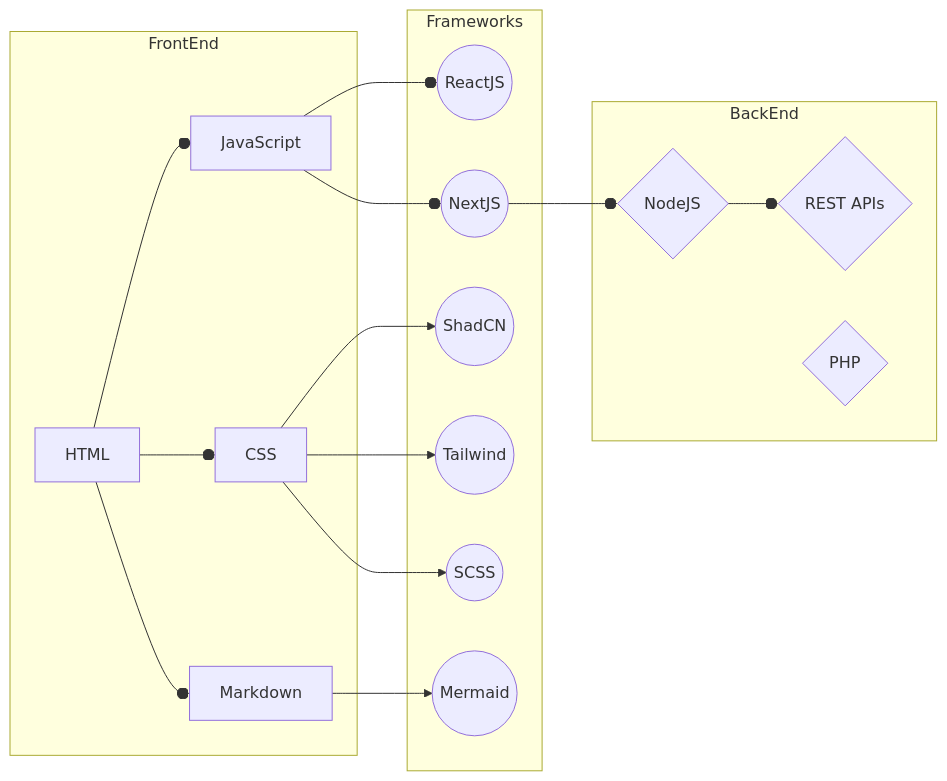
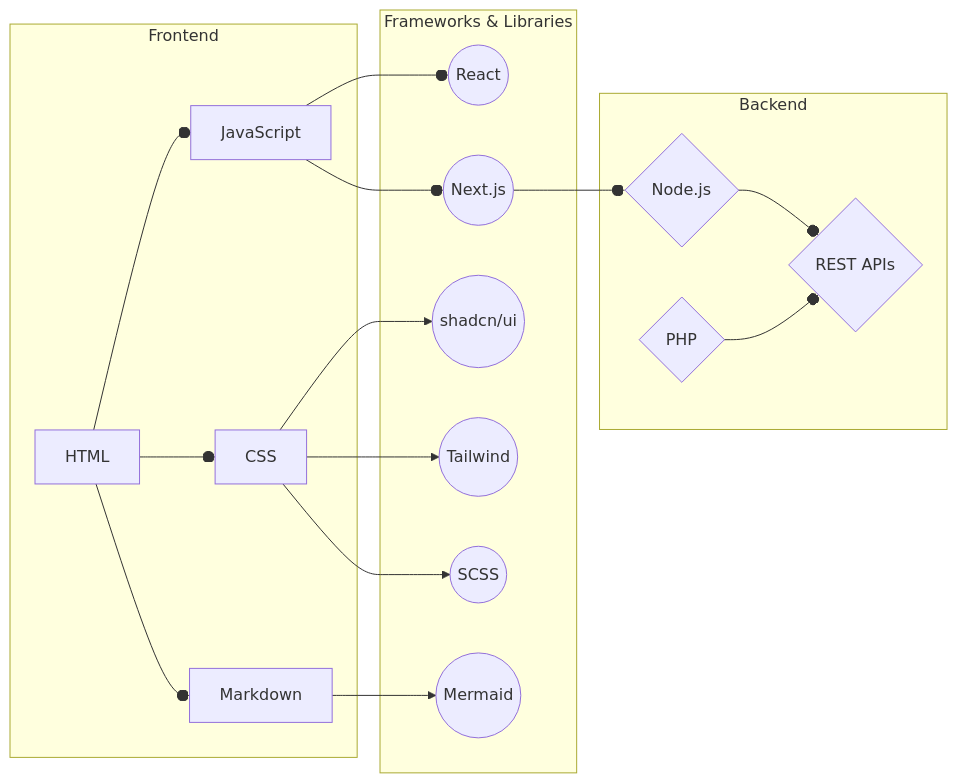
The diagram in README.md (G35U599/G35U599), drawn with Mermaid before and after one commit. The commit also changed other lines of this file, not shown here.

````diff
--- a/README.md
+++ b/README.md
@@ -57,36 +66,37 @@
 ```mermaid
 flowchart LR
-  subgraph FrontEnd
+  subgraph Frontend
     f1[HTML]
     f2[CSS]
     f3[JavaScript]
     f4[Markdown]
   end
 
-  subgraph Frameworks
-    fw1((ReactJS))
-    fw2((NextJS))
-    fw3((ShadCN))
+  subgraph Libraries["Frameworks & Libraries"]
+    fw1((React))
+    fw2(("Next.js"))
+    fw3(("shadcn/ui"))
     fw4((Tailwind))
     fw5((SCSS))
     fw6((Mermaid))
   end
 
-  subgraph BackEnd
-    b1{NodeJS}
+  subgraph Backend
+    b1{"Node.js"}
     b2{REST APIs}
     b3{PHP}
   end
 
   f1 --o f2
   f1 --o f3
   f1 --o f4
   f2 --> fw3
   f2 --> fw4
   f2 --> fw5
   f3 --o fw1
   f3 --o fw2
   f4 --> fw6
   fw2 --o b1
   b1 --o b2
+  b3 --o b2
 ```
````
